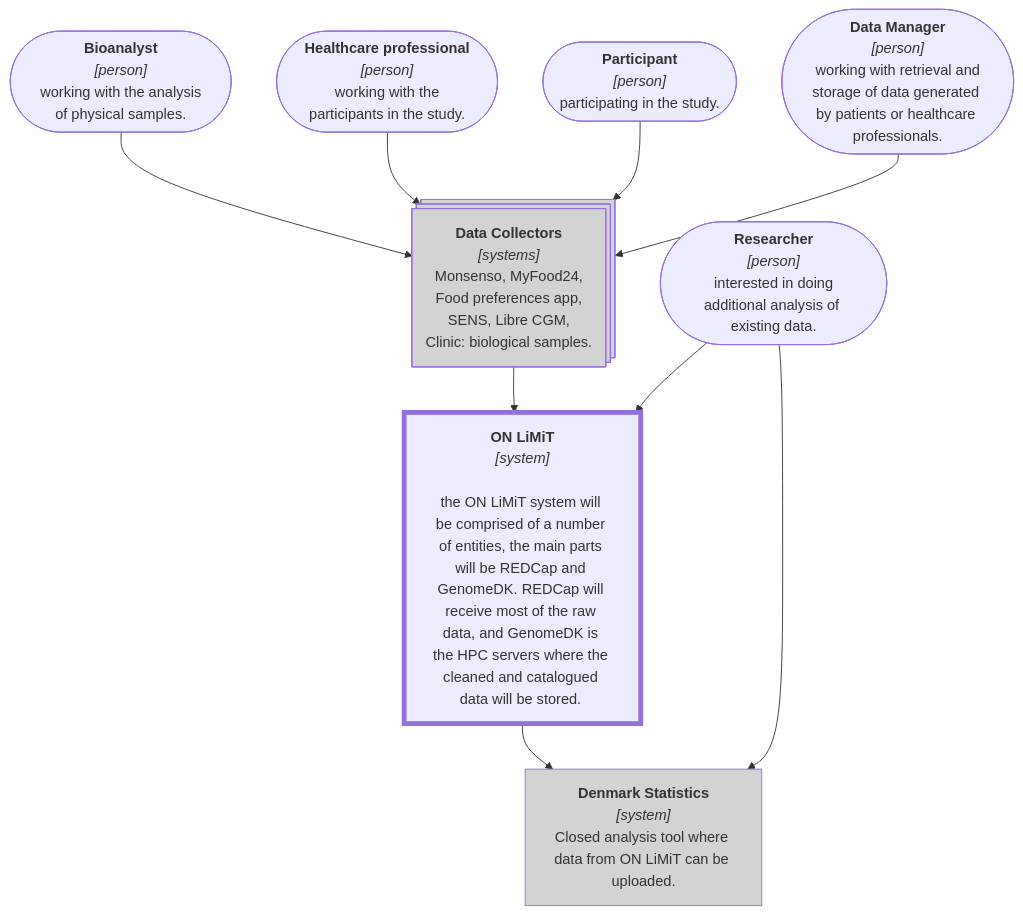
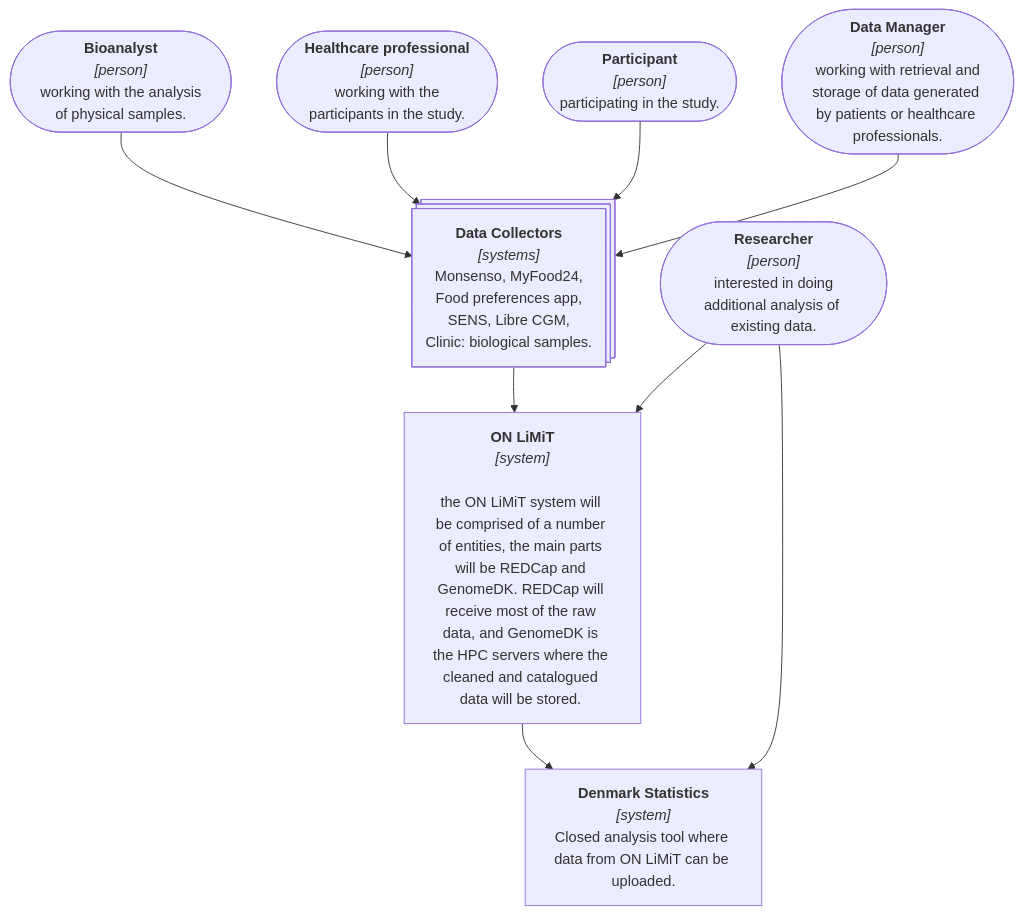
The first of 2 diagrams in documents/C4-level.qmd (onlimit-study/dmp), drawn with Mermaid before and after one commit. The commit also changed other lines of this file and 3 other files, not shown here.

Commit message:
docs: swap the mermaid code with png files until quarto supports the new syntax

````diff
--- a/documents/C4-level.qmd
+++ b/documents/C4-level.qmd
@@ -15,26 +16,27 @@
 ```{mermaid}
+
 %%| label: fig-c4-context
 %%| fig-cap: "C4 Context diagram showing a basic overview of ON LiMiT, its anticipated users, and data providers."
 flowchart TD
 Bioanalyst@{shape: stadium, label: "<b>Bioanalyst</b><br><i>[person]</i><br> working with the analysis of physical samples."}
 Healthprof@{shape: stadium, label: "<b>Healthcare professional</b><br><i>[person]</i><br> working with the participants in the study."}
 Participant@{shape: stadium, label: "<b>Participant</b><br><i>[person]</i><br> participating in the study."}
 Datamanager@{shape: stadium, label: "<b>Data Manager</b><br><i>[person]</i><br> working with retrieval and storage of data generated by patients or healthcare professionals."}
 Researcher@{shape: stadium, label: "<b>Researcher</b><br><i>[person]</i><br> interested in doing additional analysis of existing data."}
 
 onlimit@{shape: proc, label: "<b>ON LiMiT</b><br><i>[system]</i><br><br>the ON LiMiT system will be comprised of a number of entities, the main parts will be REDCap and GenomeDK. REDCap will receive most of the raw data, and GenomeDK is the HPC servers where the cleaned and catalogued data will be stored. "}
 DS@{shape: proc, label: "<b>Denmark Statistics</b><br><i>[system]</i><br>Closed analysis tool where data from ON LiMiT can be uploaded."}
 DP@{ shape: procs, label: "<b>Data Collectors</b><br><i>[systems]</i><br>Monsenso, MyFood24,<br>Food preferences app,<br>SENS, Libre CGM,<br>Clinic: biological samples."}
 
-Bioanalyst --> DP:::external
+Bioanalyst --> DP
 Healthprof --> DP
 Participant --> DP
 Datamanager --> DP
-DP --> onlimit:::system
+DP --> onlimit
 Researcher --> onlimit
-onlimit --> DS:::external
+onlimit --> DS
 Researcher --> DS
 
 classDef system stroke-width:4pt
 classDef external fill:lightgrey
 ```
````
